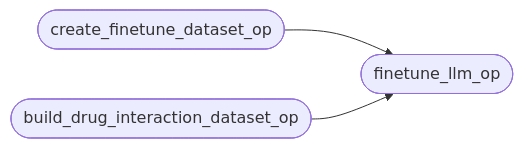
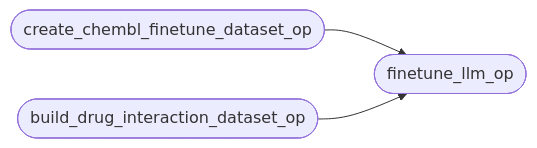
One commit to AymanSulaiman/chem_mlops changed the third of 4 diagrams in app/orchestration/README.md. Above: the diagram before and after it, drawn with Mermaid. The commit also changed other lines of this file and 19 other files, not shown here.

````diff
--- a/app/orchestration/README.md
+++ b/app/orchestration/README.md
@@ -104,5 +137,5 @@
 ```mermaid
 flowchart LR
-    C([create_finetune_dataset_op]) --> F([finetune_llm_op])
-    D([build_drug_interaction_dataset_op]) --> F
+    C([create_chembl_finetune_dataset_op]) --> F([finetune_llm_op])
+    DDI([build_drug_interaction_dataset_op]) --> F
 ```
````
